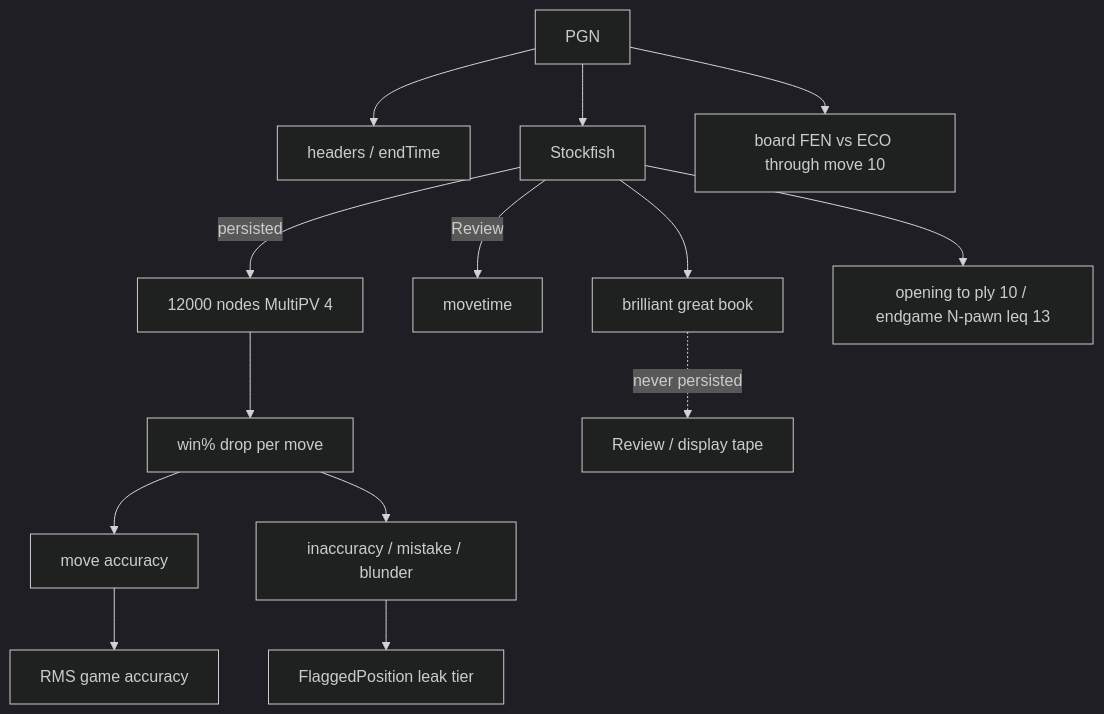
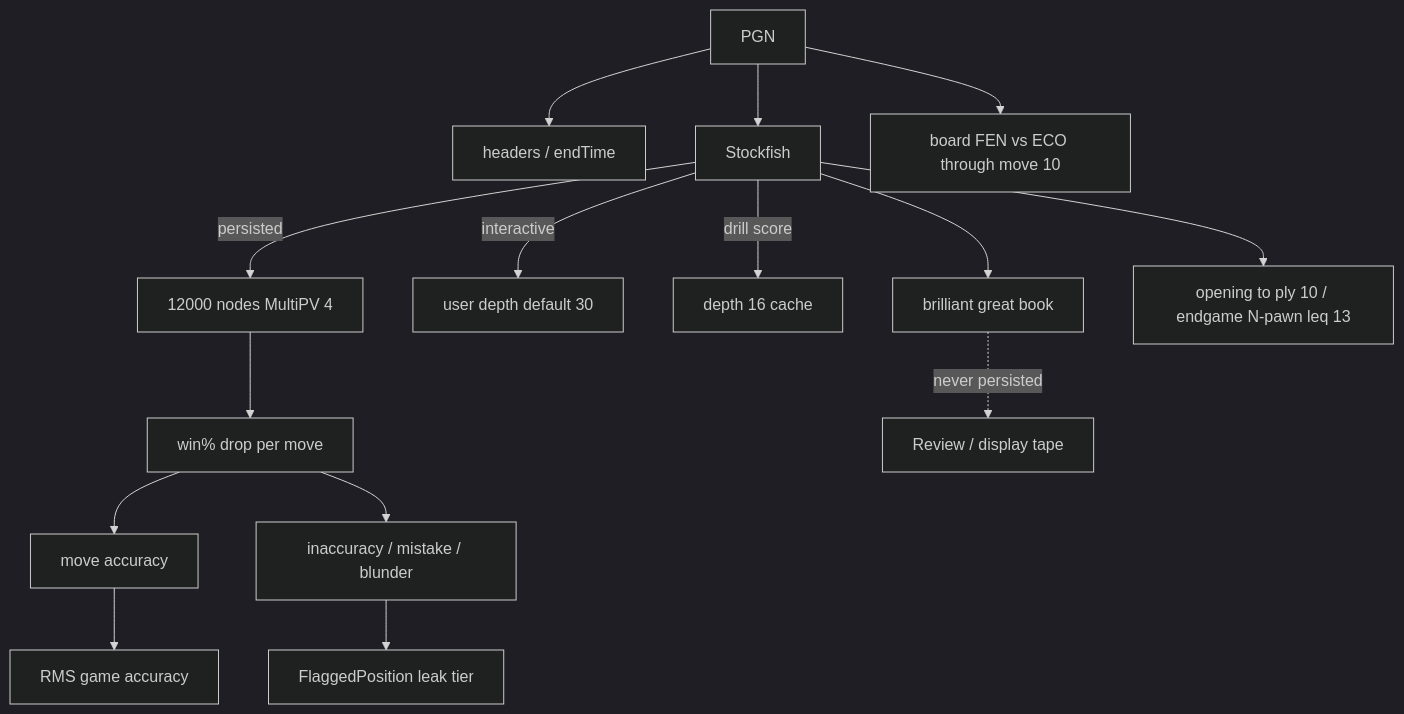
One commit to FortakenJay/Chess-Website changed the diagram in docs/humans/_analysis/Analysis.md. Above: the diagram before and after it, drawn with Mermaid (dark theme). The commit also changed other lines of this file and 86 other files, not shown here.

````diff
--- a/docs/humans/_analysis/Analysis.md
+++ b/docs/humans/_analysis/Analysis.md
@@ -23,16 +23,17 @@
 ```mermaid
 flowchart TB
   PGN[PGN] --> Meta[headers / endTime]
   PGN --> Engine[Stockfish]
   Engine -->|persisted| Nodes[12000 nodes MultiPV 4]
-  Engine -->|Review| Time[movetime]
+  Engine -->|interactive| Depth[user depth default 30]
+  Engine -->|drill score| DrillD[depth 16 cache]
   Nodes --> Win[win% drop per move]
   Win --> Acc[move accuracy]
   Acc --> RMS[RMS game accuracy]
   Win --> Class[inaccuracy / mistake / blunder]
   Class --> Flags[FlaggedPosition leak tier]
   Engine --> Cosmetic[brilliant great book]
   Cosmetic -.->|never persisted| UI[Review / display tape]
   PGN --> ECO[board FEN vs ECO through move 10]
   Engine --> Phase[opening to ply 10 / endgame N-pawn leq 13]
 ```
````
